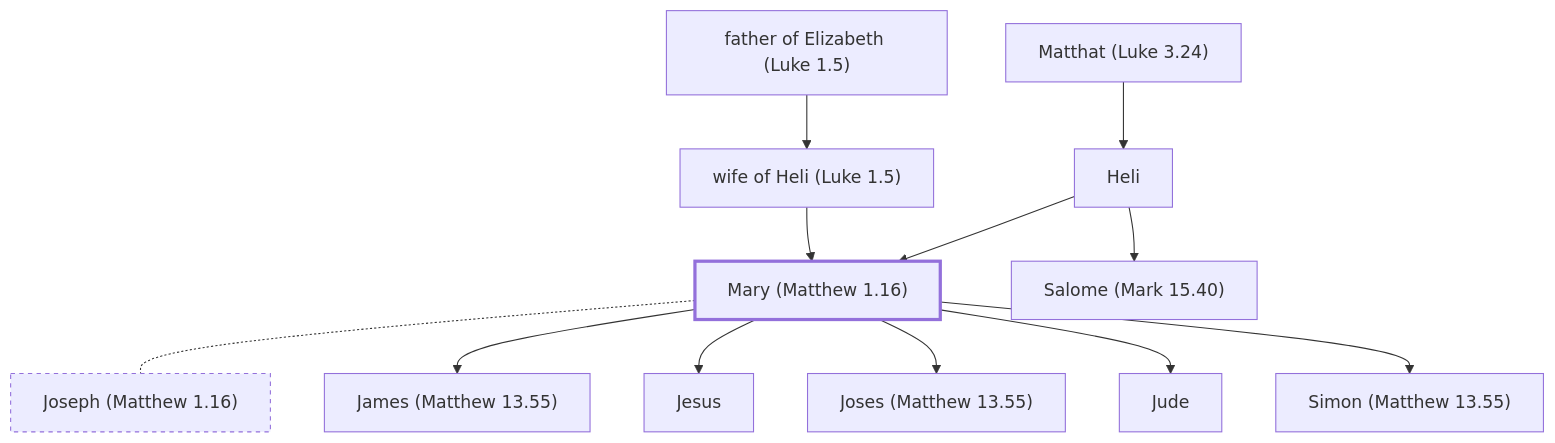
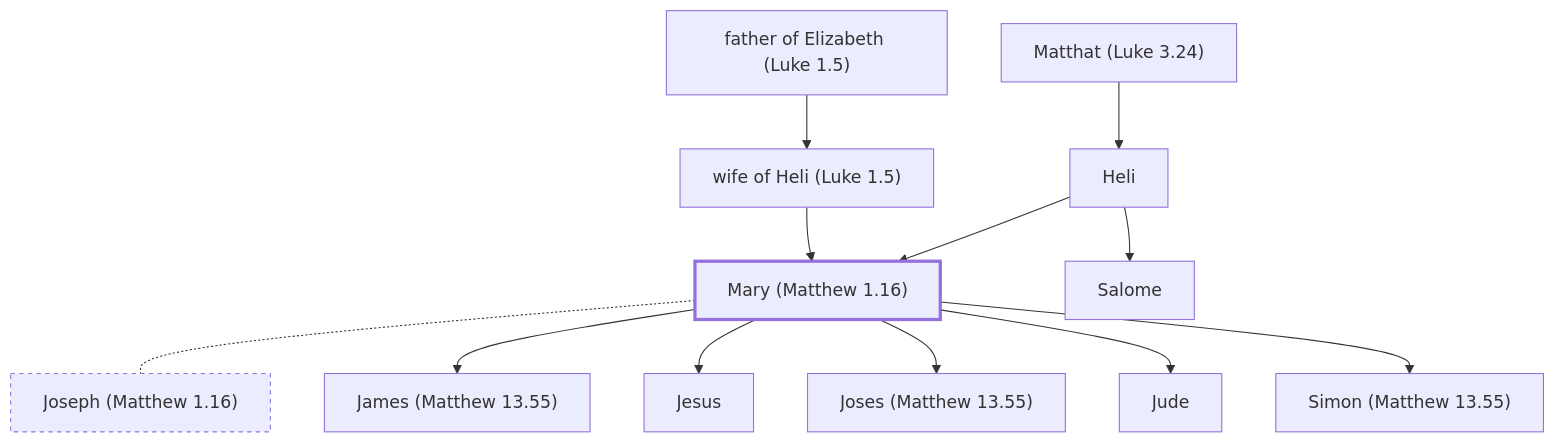
One commit to jeffdehut/Bible changed the diagram in connections/people/Mary (Matthew 1.16).md. Above: the diagram before and after it, drawn with Mermaid. The commit also changed other lines of this file and 18 other files, not shown here.

````diff
--- a/connections/people/Mary (Matthew 1.16).md
+++ b/connections/people/Mary (Matthew 1.16).md
@@ -40,28 +40,28 @@
 ```mermaid
 flowchart TB
   n0["Mary (Matthew 1.16)"]:::me
   n1["Matthat (Luke 3.24)"]
   n2["Heli"]
   n1 --> n2
   n2 --> n0
   n3["father of Elizabeth (Luke 1.5)"]
   n4["wife of Heli (Luke 1.5)"]
   n3 --> n4
   n4 --> n0
-  n5["Salome (Mark 15.40)"]
+  n5["Salome"]
   n2 --> n5
   n6["Joseph (Matthew 1.16)"]:::spouse
   n0 -.- n6
   n7["James (Matthew 13.55)"]
   n0 --> n7
   n8["Jesus"]
   n0 --> n8
   n9["Joses (Matthew 13.55)"]
   n0 --> n9
   n10["Jude"]
   n0 --> n10
   n11["Simon (Matthew 13.55)"]
   n0 --> n11
   classDef me stroke-width:3px
   classDef spouse stroke-dasharray:4
 ```
````
